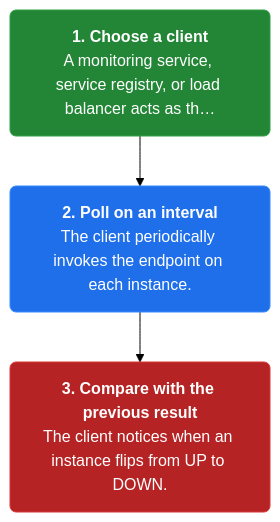
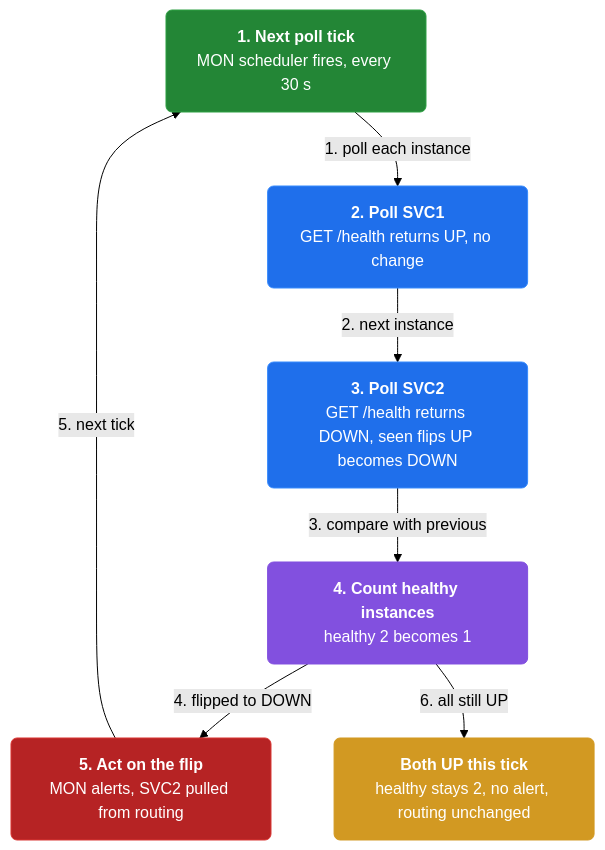
The third of 4 diagrams in docs/ch35-health-check-api.md (vinayakuber/microservices-io-study-guide), drawn with Mermaid (forest theme) before and after one commit. The commit also changed other lines of this file and 46 other files, not shown here.

First line of the commit message:
Author rich branching flow diagrams for all 44 chapters

````diff
--- a/docs/ch35-health-check-api.md
+++ b/docs/ch35-health-check-api.md
@@ -85,11 +107,20 @@
 ```mermaid
 flowchart TD
-  classDef step fill:#1f6feb,color:#ffffff,stroke:#388bfd,stroke-width:1px,rx:6
+  classDef step fill:#1f6feb,color:#ffffff,stroke:#388bfd,rx:6
+  classDef core fill:#8250df,color:#ffffff,stroke:#8250df,rx:6
+  classDef warn fill:#d29922,color:#ffffff,stroke:#d29922,rx:6
   classDef start fill:#238636,color:#ffffff,stroke:#2ea043,rx:6
   classDef stop fill:#b62324,color:#ffffff,stroke:#da3633,rx:6
-  s2n0["<b>1. Choose a client</b><br/>A monitoring service, service registry, or load balancer acts as th…"]:::start
-  s2n1["<b>2. Poll on an interval</b><br/>The client periodically invokes the endpoint on each instance."]:::step
-  s2n2["<b>3. Compare with the previous result</b><br/>The client notices when an instance flips from UP to DOWN."]:::stop
-  s2n0 --> s2n1
-  s2n1 --> s2n2
+n0["<b>1. Next poll tick</b><br/>MON scheduler fires, every 30 s"]:::start
+  n1["<b>2. Poll SVC1</b><br/>GET /health returns UP, no change"]:::step
+  n2["<b>3. Poll SVC2</b><br/>GET /health returns DOWN, seen flips UP becomes DOWN"]:::step
+  n3["<b>4. Count healthy instances</b><br/>healthy 2 becomes 1"]:::core
+  n4["<b>5. Act on the flip</b><br/>MON alerts, SVC2 pulled from routing"]:::stop
+  n5["<b>Both UP this tick</b><br/>healthy stays 2, no alert, routing unchanged"]:::warn
+  n0 -->|"1. poll each instance"| n1
+  n1 -->|"2. next instance"| n2
+  n2 -->|"3. compare with previous"| n3
+  n3 -->|"4. flipped to DOWN"| n4
+  n4 -->|"5. next tick"| n0
+  n3 -->|"6. all still UP"| n5
 ```
````
